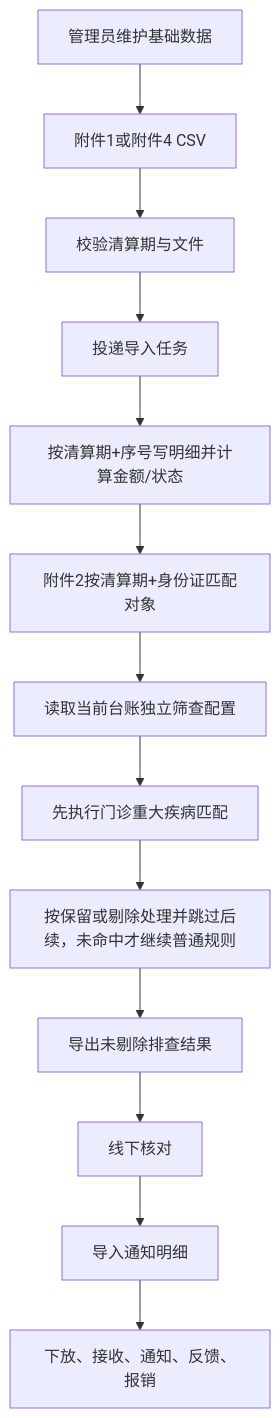
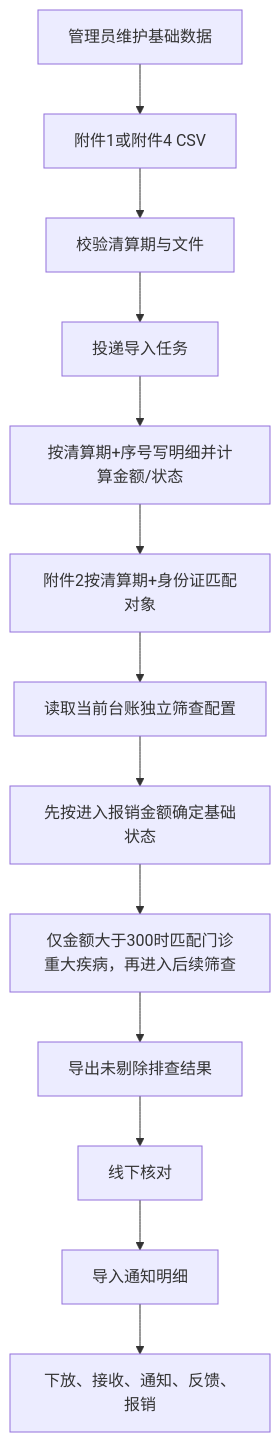
One commit to kongzhiao/tools-hyperf changed the first of 7 diagrams in docs/未救助台账/业务流程图解.md. Above: the diagram before and after it, drawn with Mermaid. The commit also changed other lines of this file and 10 other files, not shown here.

````diff
--- a/docs/未救助台账/业务流程图解.md
+++ b/docs/未救助台账/业务流程图解.md
@@ -5,15 +5,15 @@
 ```mermaid
 flowchart TD
     A["管理员维护基础数据"] --> B["附件1或附件4 CSV"]
     B --> C["校验清算期与文件"]
     C --> D["投递导入任务"]
     D --> E["按清算期+序号写明细并计算金额/状态"]
     E --> F["附件2按清算期+身份证匹配对象"]
     F --> G["读取当前台账独立筛查配置"]
-    G --> H["先执行门诊重大疾病匹配"]
-    H --> I["按保留或剔除处理并跳过后续，未命中才继续普通规则"]
+    G --> H["先按进入报销金额确定基础状态"]
+    H --> I["仅金额大于300时匹配门诊重大疾病，再进入后续筛查"]
     I --> J["导出未剔除排查结果"]
     J --> K["线下核对"]
     K --> L["导入通知明细"]
     L --> M["下放、接收、通知、反馈、报销"]
 ```
````
